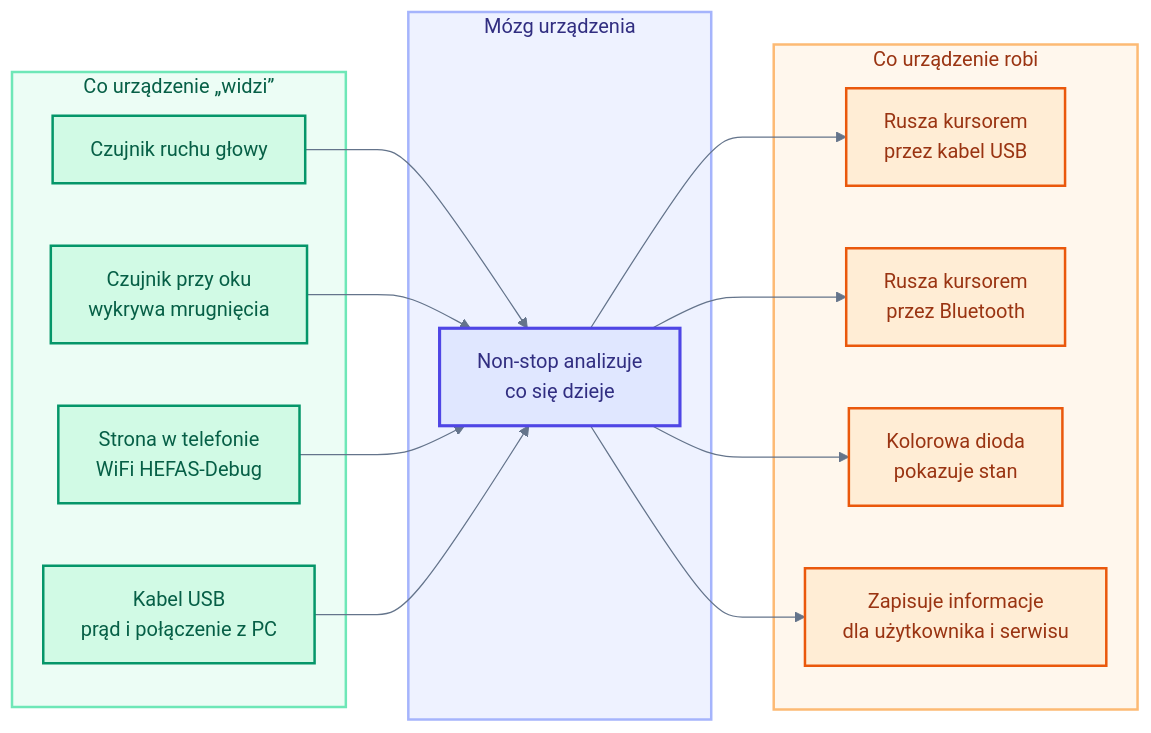
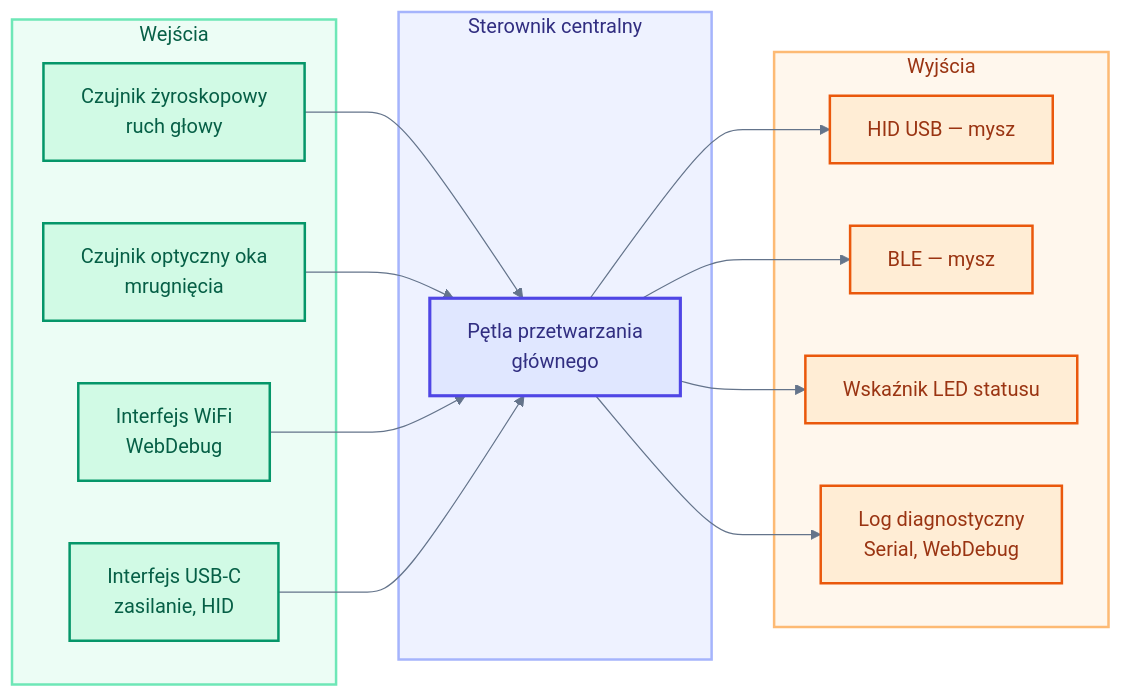
One commit to bartkadres-ai/HEFAS-4.0 changed the first of 10 diagrams in README.md. Above: the diagram before and after it, drawn with Mermaid. The commit also changed other lines of this file, not shown here.

````diff
--- a/README.md
+++ b/README.md
@@ -287,40 +287,40 @@
 ```mermaid
 %%{init: { 'theme': 'default', 'themeVariables': { 'darkMode': false, 'background': '#ffffff', 'mainBkg': '#ffffff', 'primaryColor': '#ffffff', 'secondaryColor': '#ffffff', 'tertiaryColor': '#ffffff', 'primaryTextColor': '#1e293b', 'secondaryTextColor': '#334155', 'lineColor': '#64748b', 'primaryBorderColor': '#94a3b8', 'clusterBkg': '#f1f5f9', 'clusterBorder': '#94a3b8', 'edgeLabelBackground': '#ffffff', 'noteBkgColor': '#f8fafc', 'noteTextColor': '#475569', 'fontFamily': 'arial' }}}%%
 flowchart LR
-    subgraph WEJ["Co urządzenie „widzi”"]
-        IMU["Czujnik ruchu głowy"]
-        IR["Czujnik przy oku<br/>wykrywa mrugnięcia"]
-        WEB["Strona w telefonie<br/>WiFi HEFAS-Debug"]
-        USBIN["Kabel USB<br/>prąd i połączenie z PC"]
+    subgraph WEJ["Wejścia"]
+        IMU["Czujnik żyroskopowy<br/>ruch głowy"]
+        IR["Czujnik optyczny oka<br/>mrugnięcia"]
+        WEB["Interfejs WiFi<br/>WebDebug"]
+        USBIN["Interfejs USB-C<br/>zasilanie, HID"]
     end
 
-    subgraph MCU["Mózg urządzenia"]
-        LOOP["Non-stop analizuje<br/>co się dzieje"]
+    subgraph MCU["Sterownik centralny"]
+        LOOP["Pętla przetwarzania<br/>głównego"]
     end
 
-    subgraph WYJ["Co urządzenie robi"]
-        HID["Rusza kursorem<br/>przez kabel USB"]
-        BLE["Rusza kursorem<br/>przez Bluetooth"]
-        LED["Kolorowa dioda<br/>pokazuje stan"]
-        LOG["Zapisuje informacje<br/>dla użytkownika i serwisu"]
+    subgraph WYJ["Wyjścia"]
+        HID["HID USB — mysz"]
+        BLE["BLE — mysz"]
+        LED["Wskaźnik LED statusu"]
+        LOG["Log diagnostyczny<br/>Serial, WebDebug"]
     end
 
     IMU --> LOOP
     IR --> LOOP
     WEB --> LOOP
     USBIN --> LOOP
     LOOP --> HID
     LOOP --> BLE
     LOOP --> LED
     LOOP --> LOG
 
     classDef input fill:#d1fae5,stroke:#059669,stroke-width:2px,color:#065f46
     classDef core fill:#e0e7ff,stroke:#4f46e5,stroke-width:2.5px,color:#312e81
     classDef output fill:#ffedd5,stroke:#ea580c,stroke-width:2px,color:#9a3412
     class IMU,IR,WEB,USBIN input
     class LOOP core
     class HID,BLE,LED,LOG output
     style WEJ fill:#ecfdf5,stroke:#6ee7b7,stroke-width:2px,color:#065f46
     style MCU fill:#eef2ff,stroke:#a5b4fc,stroke-width:2px,color:#312e81
     style WYJ fill:#fff7ed,stroke:#fdba74,stroke-width:2px,color:#9a3412
 ```
````
